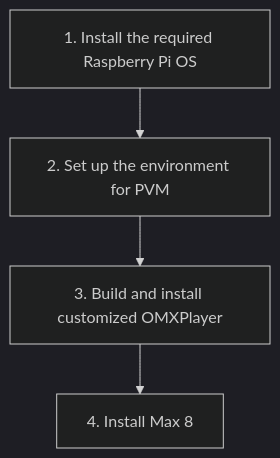
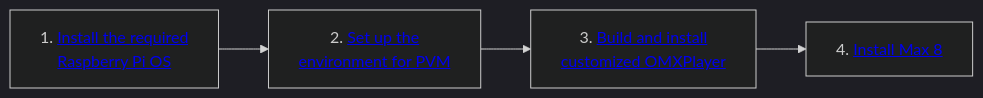
One commit to omarcostahamido/PVM changed the diagram in README.md. Above: the diagram before and after it, drawn with Mermaid (dark theme).

Commit message:
update README.md
-  add hyperlinks to sections on mermaid overview
- change mermaid direction to LR

````diff
--- a/README.md
+++ b/README.md
@@ -15,7 +15,7 @@
 ```mermaid
-graph TD;
-A[1. Install the required Raspberry Pi OS] --> B;
-B[2. Set up the environment for PVM] --> C;
-C[3. Build and install customized OMXPlayer] --> D;
-D[4. Install Max 8]
+graph LR;
+A[1. <a href='#install-the-required-raspberry-pi-os'>Install the required <br />Raspberry Pi OS</a>] --> B;
+B[2. <a href='#set-up-the-environment-for-pvm'>Set up the <br />environment for PVM</a>] --> C;
+C[3. <a href='#build-and-install-customized-omxplayer'>Build and install <br />customized OMXPlayer</a>] --> D;
+D[4. <a href='https://github.com/omarcostahamido/PVM#install-max-8'>Install Max 8</a>]
 ```
````
